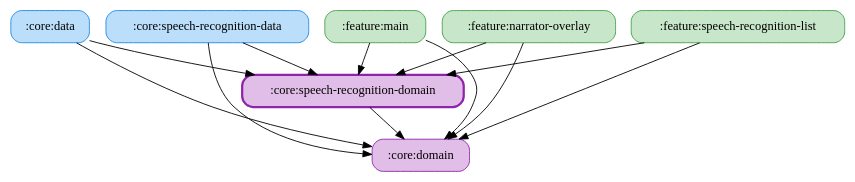
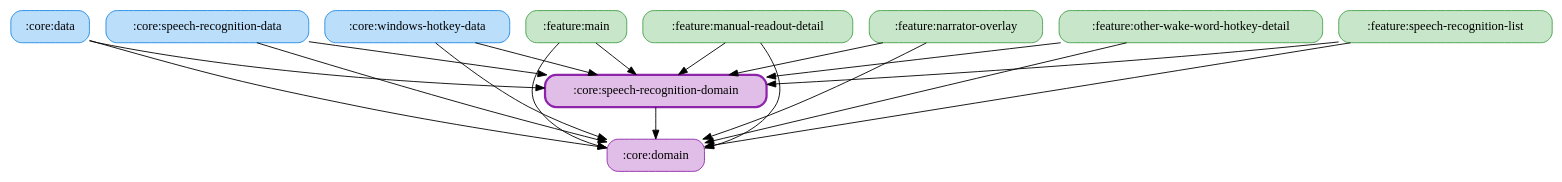
The diagram in docs/graphs/core-speech-recognition-domain.gv (ai-kurou/KoDriver), drawn with Graphviz before and after one commit. The commit also changed 158 other files, not shown here.

```diff
--- a/docs/graphs/core-speech-recognition-domain.gv
+++ b/docs/graphs/core-speech-recognition-domain.gv
@@ -1,22 +1,31 @@
 digraph G {
   rankdir=TB
   node [shape=box, style="rounded,filled"]
   ":core:data" [fillcolor="#BBDEFB", color="#1E88E5", penwidth=1]
   ":core:domain" [fillcolor="#E1BEE7", color="#8E24AA", penwidth=1]
   ":core:speech-recognition-data" [fillcolor="#BBDEFB", color="#1E88E5", penwidth=1]
   ":core:speech-recognition-domain" [fillcolor="#E1BEE7", color="#8E24AA", penwidth=2.5]
+  ":core:windows-hotkey-data" [fillcolor="#BBDEFB", color="#1E88E5", penwidth=1]
   ":feature:main" [fillcolor="#C8E6C9", color="#43A047", penwidth=1]
+  ":feature:manual-readout-detail" [fillcolor="#C8E6C9", color="#43A047", penwidth=1]
   ":feature:narrator-overlay" [fillcolor="#C8E6C9", color="#43A047", penwidth=1]
+  ":feature:other-wake-word-hotkey-detail" [fillcolor="#C8E6C9", color="#43A047", penwidth=1]
   ":feature:speech-recognition-list" [fillcolor="#C8E6C9", color="#43A047", penwidth=1]
   ":core:data" -> ":core:domain"
   ":core:data" -> ":core:speech-recognition-domain"
   ":core:speech-recognition-data" -> ":core:domain"
   ":core:speech-recognition-data" -> ":core:speech-recognition-domain"
   ":core:speech-recognition-domain" -> ":core:domain"
+  ":core:windows-hotkey-data" -> ":core:domain"
+  ":core:windows-hotkey-data" -> ":core:speech-recognition-domain"
   ":feature:main" -> ":core:domain"
   ":feature:main" -> ":core:speech-recognition-domain"
+  ":feature:manual-readout-detail" -> ":core:domain"
+  ":feature:manual-readout-detail" -> ":core:speech-recognition-domain"
   ":feature:narrator-overlay" -> ":core:domain"
   ":feature:narrator-overlay" -> ":core:speech-recognition-domain"
+  ":feature:other-wake-word-hotkey-detail" -> ":core:domain"
+  ":feature:other-wake-word-hotkey-detail" -> ":core:speech-recognition-domain"
   ":feature:speech-recognition-list" -> ":core:domain"
   ":feature:speech-recognition-list" -> ":core:speech-recognition-domain"
 }
```
